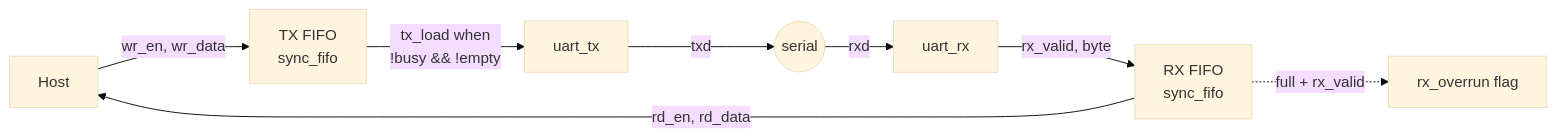
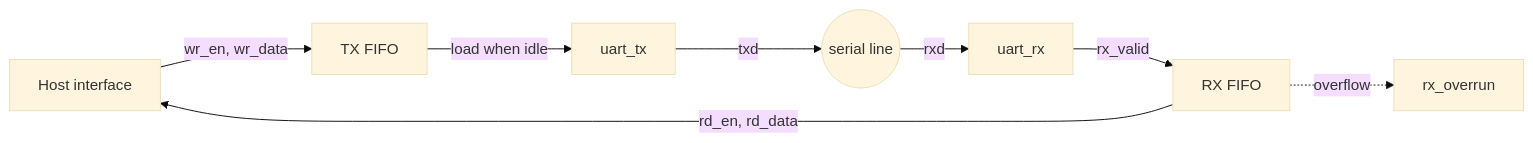
The first of 2 diagrams in README.md (jawadsa02/uart-buffered-subsystem), drawn with Mermaid (base theme) before and after one commit. The commit also changed other lines of this file, not shown here.

Commit message:
Rewrite README: human tone, clearer diagrams, improved image layout

````diff
--- a/README.md
+++ b/README.md
@@ -32,10 +32,10 @@
 ```mermaid
 flowchart LR
-    HOST[Host] -->|wr_en, wr_data| TXF[TX FIFO<br/>sync_fifo]
-    TXF -->|tx_load when<br/>!busy && !empty| TX[uart_tx]
-    TX -->|txd| LINE(( serial ))
+    HOST[Host interface] -->|wr_en, wr_data| TXF[TX FIFO]
+    TXF -->|load when idle| TX[uart_tx]
+    TX -->|txd| LINE((serial line))
     LINE -->|rxd| RX[uart_rx]
-    RX -->|rx_valid, byte| RXF[RX FIFO<br/>sync_fifo]
+    RX -->|rx_valid| RXF[RX FIFO]
     RXF -->|rd_en, rd_data| HOST
-    RXF -.->|full + rx_valid| OV[rx_overrun flag]
+    RXF -.->|overflow| OV[rx_overrun]
 ```
````
